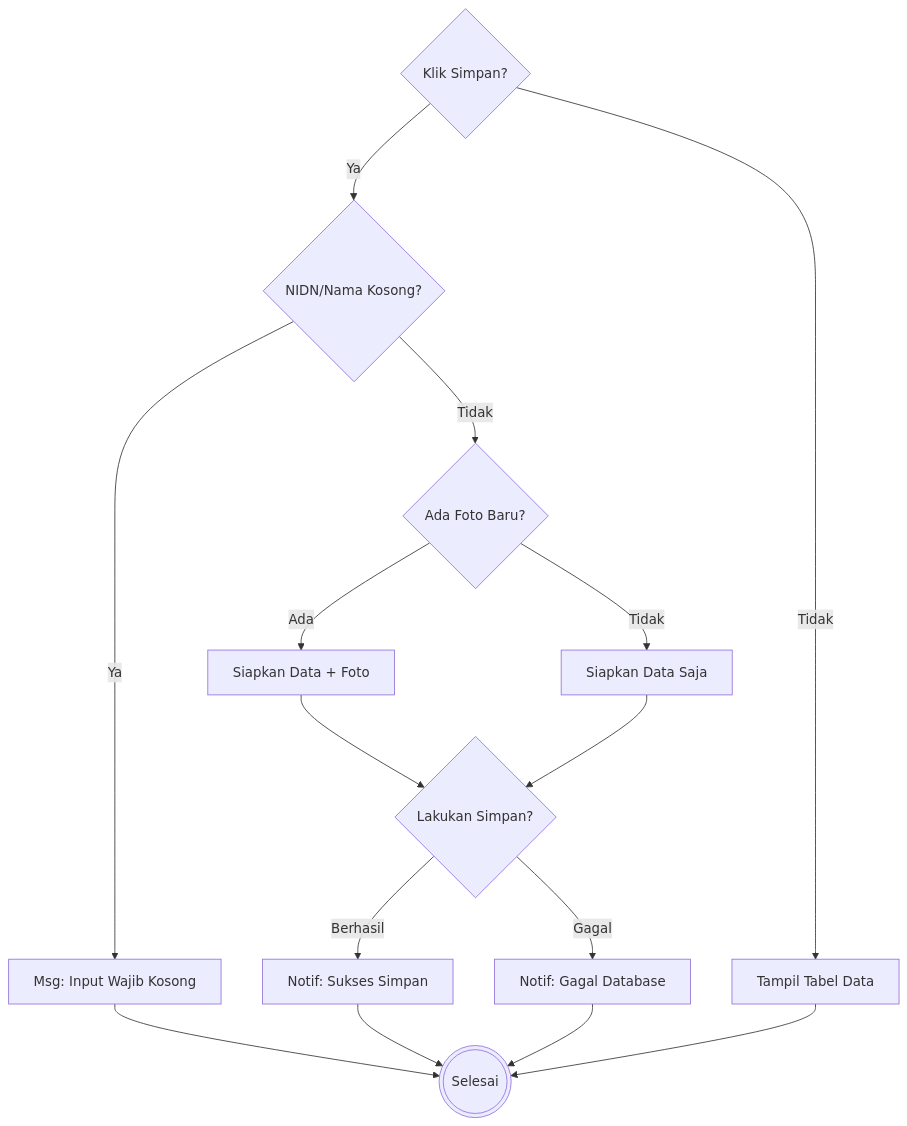
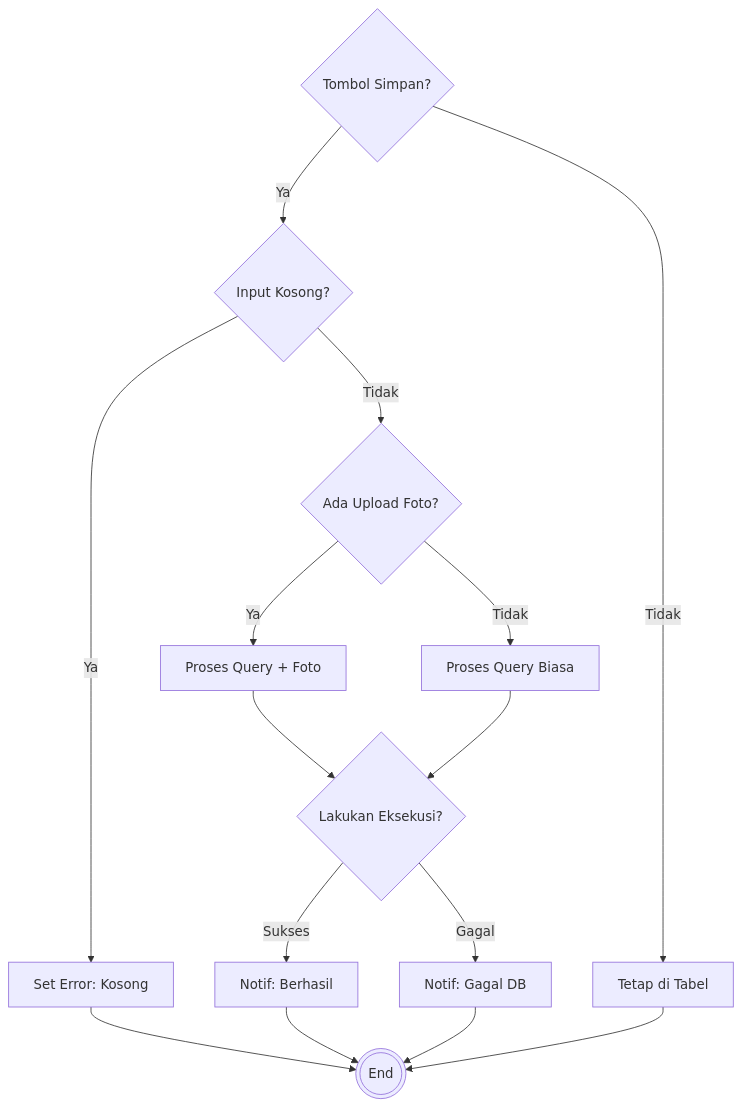
Before and after one commit to arbain-dev/Web_fikom: the fifth of 6 diagrams in docs/07_PENGUJIAN_WHITE_BOX.md, drawn with Mermaid. The commit also changed other lines of this file, not shown here.

````diff
--- a/docs/07_PENGUJIAN_WHITE_BOX.md
+++ b/docs/07_PENGUJIAN_WHITE_BOX.md
@@ -190,22 +200,22 @@
 ```mermaid
 flowchart TD
-    1{Klik Simpan?} -->|Ya| 2{NIDN/Nama Kosong?}
-    1 -->|Tidak| 10[Tampil Tabel Data]
+    1{Tombol Simpan?} -->|Ya| 2{Input Kosong?}
+    1 -->|Tidak| 10[Tetap di Tabel]
     
-    2 -->|Ya| 3[Msg: Input Wajib Kosong]
-    2 -->|Tidak| 4{Ada Foto Baru?}
+    2 -->|Ya| 3[Set Error: Kosong]
+    2 -->|Tidak| 4{Ada Upload Foto?}
     
-    4 -->|Ada| 5[Siapkan Data + Foto]
-    4 -->|Tidak| 6[Siapkan Data Saja]
+    4 -->|Ya| 5[Proses Query + Foto]
+    4 -->|Tidak| 6[Proses Query Biasa]
     
-    5 --> 7{Lakukan Simpan?}
+    5 --> 7{Lakukan Eksekusi?}
     6 --> 7
     
-    7 -->|Berhasil| 8[Notif: Sukses Simpan]
-    7 -->|Gagal| 9[Notif: Gagal Database]
+    7 -->|Sukses| 8[Notif: Berhasil]
+    7 -->|Gagal| 9[Notif: Gagal DB]
     
-    3 --> 11(((Selesai)))
+    3 --> 11(((End)))
     8 --> 11
     9 --> 11
     10 --> 11
 ```
````
